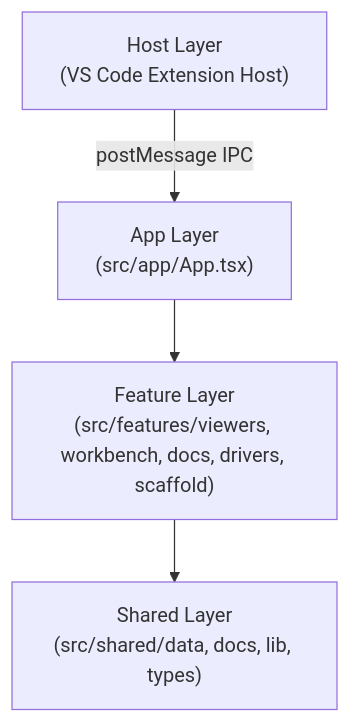
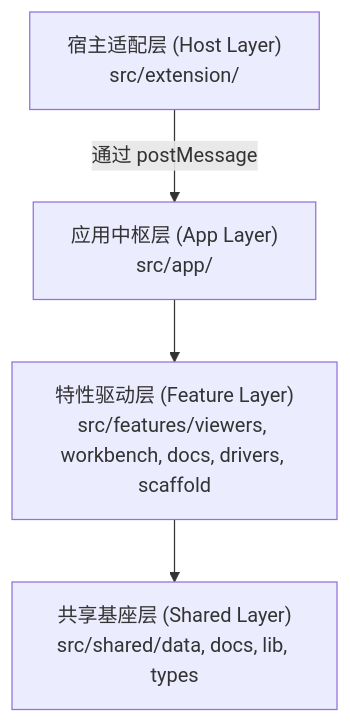
Before and after one commit to fsyyzz/OmniView-Open: the third of 6 diagrams in docs/architecture.md, drawn with Mermaid. The commit also changed other lines of this file and 63 other files, not shown here.

````diff
--- a/docs/architecture.md
+++ b/docs/architecture.md
@@ -13,10 +81,11 @@
 ```mermaid
 flowchart TB
-    H["Host Layer<br/>(VS Code Extension Host)"]
-    A["App Layer<br/>(src/app/App.tsx)"]
-    F["Feature Layer<br/>(src/features/viewers, workbench, docs, drivers, scaffold)"]
-    S["Shared Layer<br/>(src/shared/data, docs, lib, types)"]
-    H -->|"postMessage IPC"| A
-    A --> F
-    F --> S
+    Host["宿主适配层 (Host Layer)<br/>src/extension/"]
+    App["应用中枢层 (App Layer)<br/>src/app/"]
+    Features["特性驱动层 (Feature Layer)<br/>src/features/viewers, workbench, docs, drivers, scaffold"]
+    Shared["共享基座层 (Shared Layer)<br/>src/shared/data, docs, lib, types"]
+
+    Host -->|"通过 postMessage"| App
+    App --> Features
+    Features --> Shared
 ```
````
